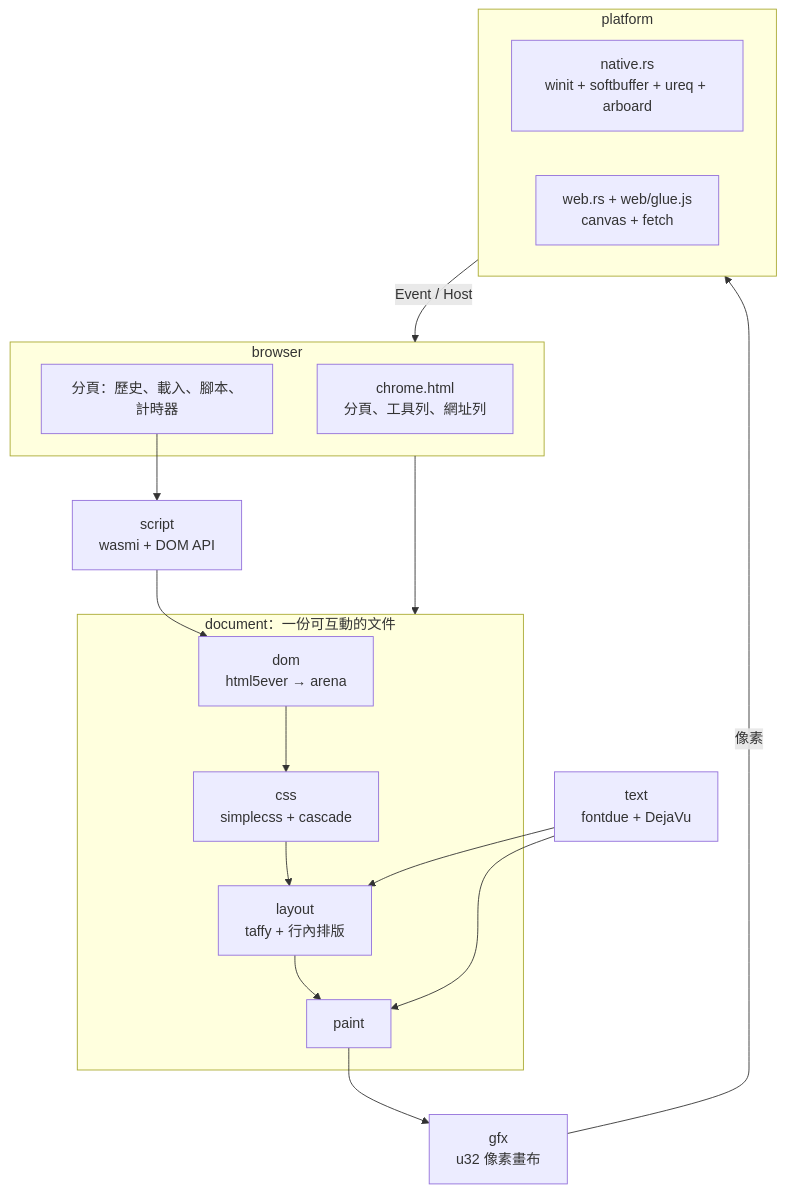
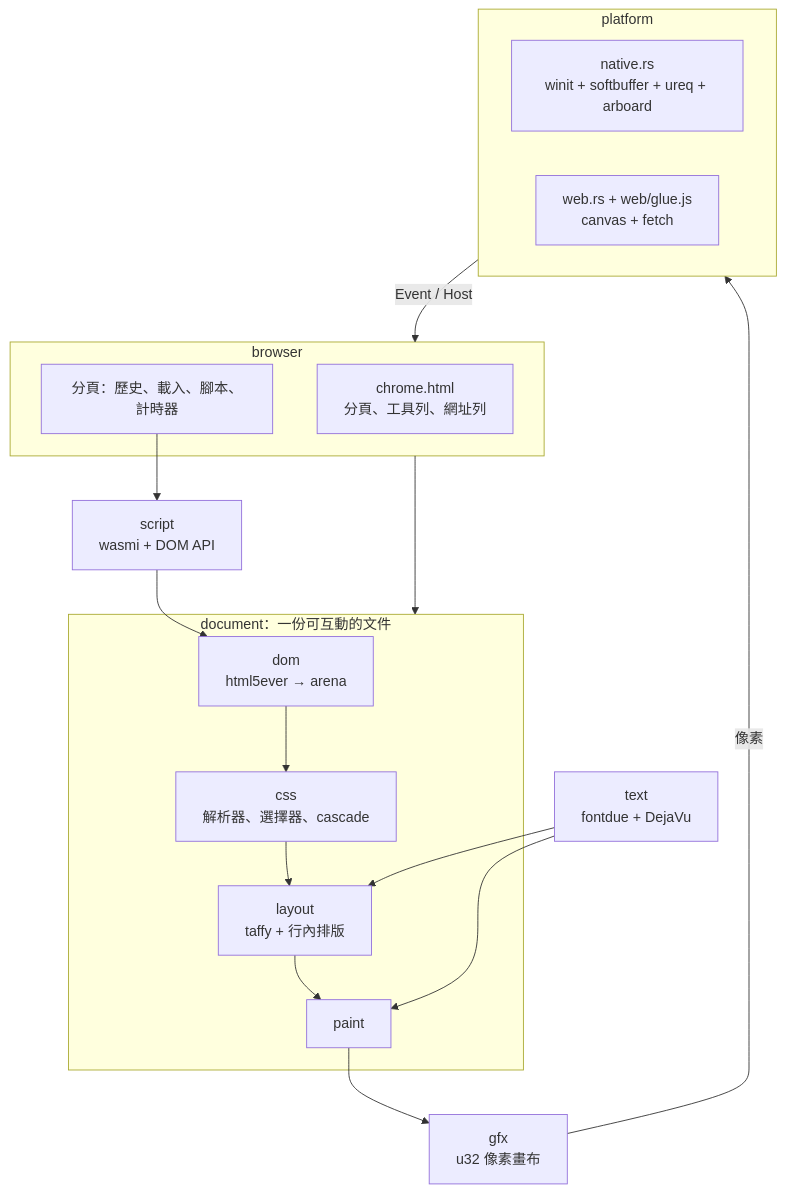
Before and after one commit to ccc-claude-opus/rubrowser: the first of 3 diagrams in doc/architecture.md, drawn with Mermaid. The commit also changed other lines of this file and 2 other files, not shown here.

Commit message:
Docs: phase 3 progress, README and architecture updates

````diff
--- a/doc/architecture.md
+++ b/doc/architecture.md
@@ -7,28 +7,28 @@
 ```mermaid
 flowchart TB
   subgraph Platform["platform"]
     N["native.rs<br/>winit + softbuffer + ureq + arboard"]
     W["web.rs + web/glue.js<br/>canvas + fetch"]
   end
   subgraph Browser["browser"]
     CH["chrome.html<br/>分頁、工具列、網址列"]
     TABS["分頁：歷史、載入、腳本、計時器"]
   end
   subgraph Doc["document：一份可互動的文件"]
     DOM["dom<br/>html5ever → arena"]
-    CSS["css<br/>simplecss + cascade"]
+    CSS["css<br/>解析器、選擇器、cascade"]
     LAY["layout<br/>taffy + 行內排版"]
     PAINT["paint"]
   end
   SCRIPT["script<br/>wasmi + DOM API"]
   TEXT["text<br/>fontdue + DejaVu"]
   GFX["gfx<br/>u32 像素畫布"]
 
   Platform -- "Event / Host" --> Browser
   Browser --> Doc
   TABS --> SCRIPT --> DOM
   DOM --> CSS --> LAY --> PAINT --> GFX
   TEXT --> LAY
   TEXT --> PAINT
   GFX -- "像素" --> Platform
 ```
````
